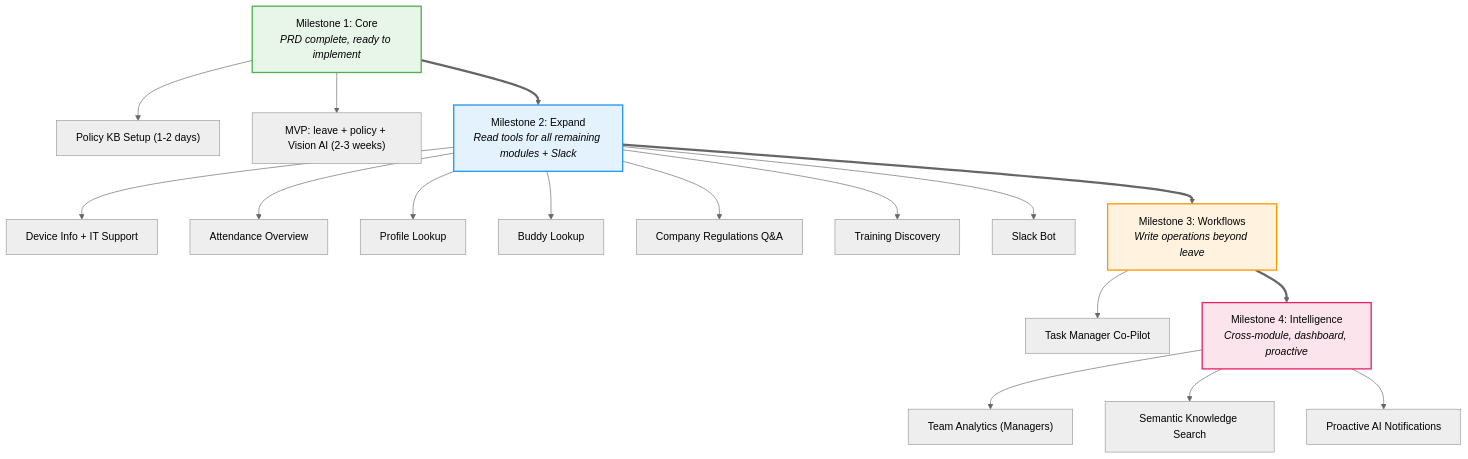
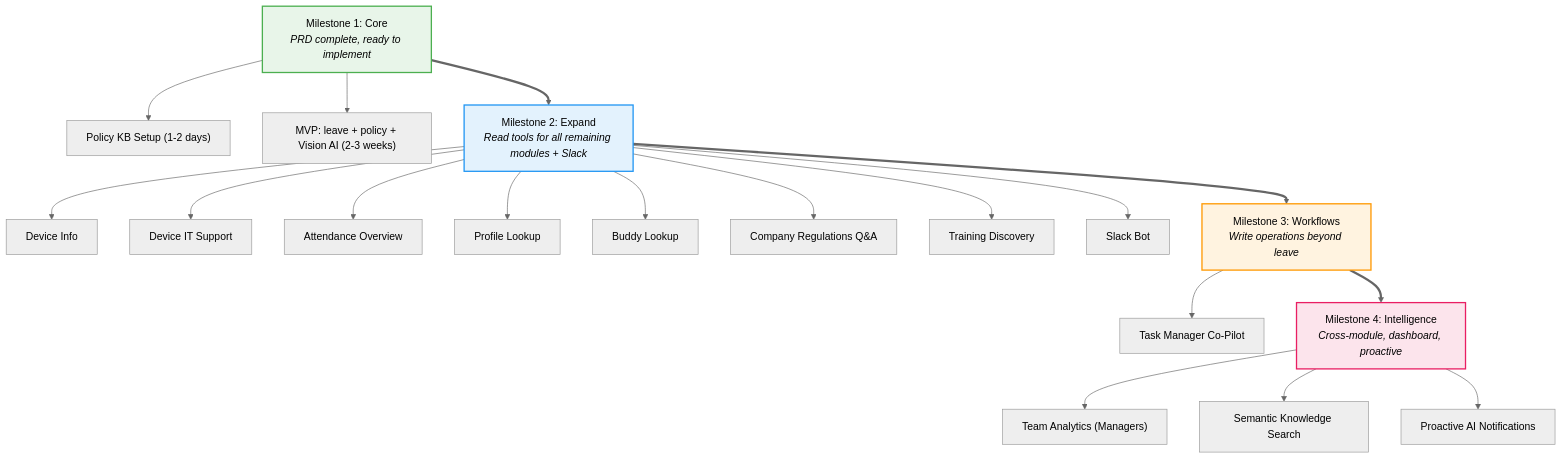
One commit to lngyeen/owt-employee-copilot changed the first of 2 diagrams in docs/core/product-roadmap.md. Above: the diagram before and after it, drawn with Mermaid (neutral theme). The commit also changed other lines of this file and 3 other files, not shown here.

````diff
--- a/docs/core/product-roadmap.md
+++ b/docs/core/product-roadmap.md
@@ -32,36 +32,37 @@
 ```mermaid
 graph TD
     T1["Milestone 1: Core<br/><i>PRD complete, ready to implement</i>"]
     T1a["Policy KB Setup (1-2 days)"]
     T1b["MVP: leave + policy + Vision AI (2-3 weeks)"]
 
     T2["Milestone 2: Expand<br/><i>Read tools for all remaining modules + Slack</i>"]
-    T2a["Device Info + IT Support"]
-    T2b["Attendance Overview"]
-    T2c["Profile Lookup"]
-    T2d["Buddy Lookup"]
-    T2e["Company Regulations Q&A"]
-    T2f["Training Discovery"]
-    T2g["Slack Bot"]
+    T2a["Device Info"]
+    T2b["Device IT Support"]
+    T2c["Attendance Overview"]
+    T2d["Profile Lookup"]
+    T2e["Buddy Lookup"]
+    T2f["Company Regulations Q&A"]
+    T2g["Training Discovery"]
+    T2h["Slack Bot"]
 
     T3["Milestone 3: Workflows<br/><i>Write operations beyond leave</i>"]
     T3a["Task Manager Co-Pilot"]
 
     T4["Milestone 4: Intelligence<br/><i>Cross-module, dashboard, proactive</i>"]
     T4a["Team Analytics (Managers)"]
     T4b["Semantic Knowledge Search"]
     T4c["Proactive AI Notifications"]
 
     T1 --> T1a & T1b
     T1 ==> T2
-    T2 --> T2a & T2b & T2c & T2d & T2e & T2f & T2g
+    T2 --> T2a & T2b & T2c & T2d & T2e & T2f & T2g & T2h
     T2 ==> T3
     T3 --> T3a
     T3 ==> T4
     T4 --> T4a & T4b & T4c
 
     style T1 fill:#e8f5e9,stroke:#4caf50,stroke-width:2px
     style T2 fill:#e3f2fd,stroke:#2196f3,stroke-width:2px
     style T3 fill:#fff3e0,stroke:#ff9800,stroke-width:2px
     style T4 fill:#fce4ec,stroke:#e91e63,stroke-width:2px
 ```
````
